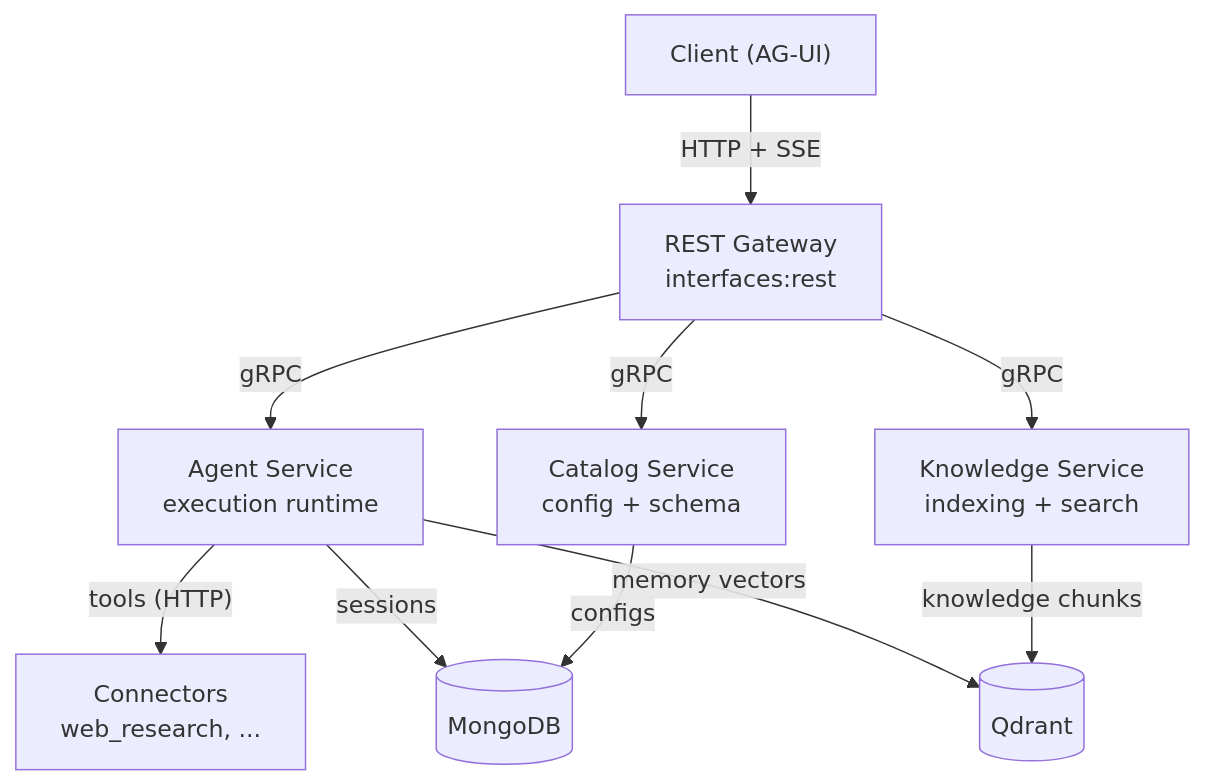
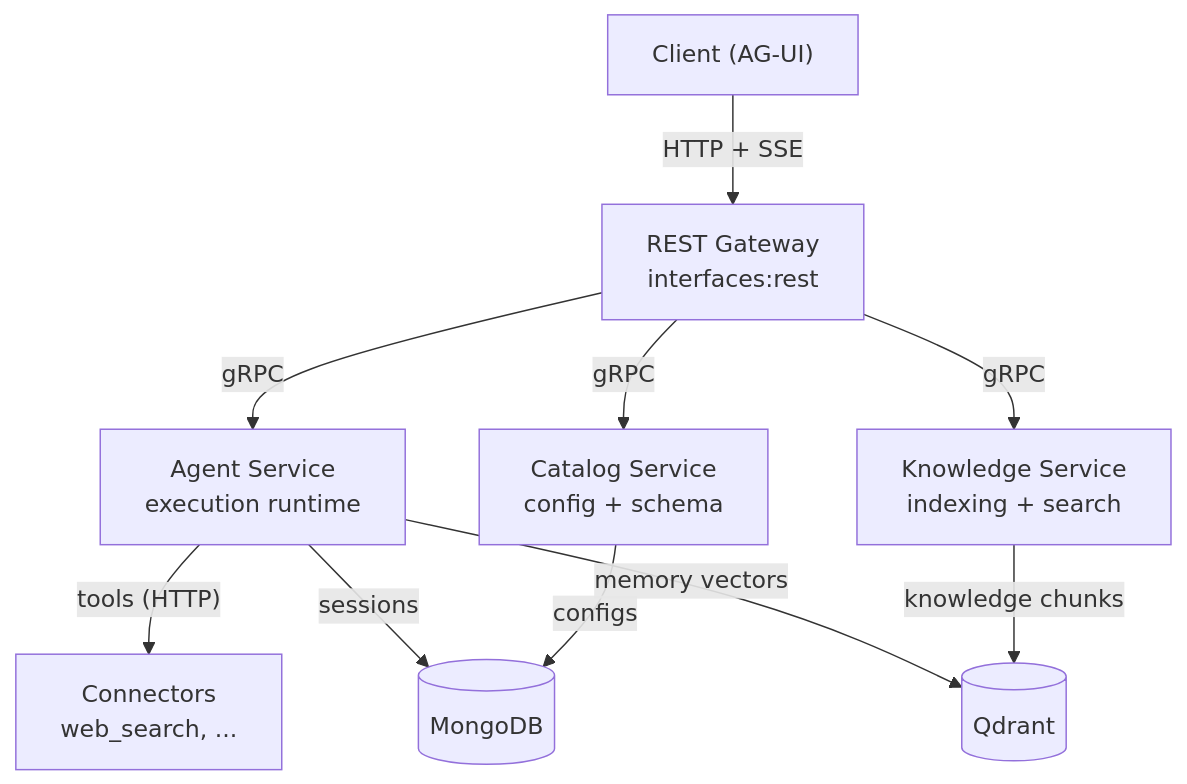
The diagram in README.md (hunter1703/agent-engine), drawn with Mermaid before and after one commit. The commit also changed other lines of this file and 126 other files, not shown here.

````diff
--- a/README.md
+++ b/README.md
@@ -70,14 +70,14 @@
 ```mermaid
 flowchart TB
     Client["Client (AG-UI)"] -- "HTTP + SSE" --> REST["REST Gateway<br/>interfaces:rest"]
     REST -- gRPC --> Agent["Agent Service<br/>execution runtime"]
     REST -- gRPC --> Catalog["Catalog Service<br/>config + schema"]
     REST -- gRPC --> Knowledge["Knowledge Service<br/>indexing + search"]
 
-    Agent -- "tools (HTTP)" --> Connectors["Connectors<br/>web_research, ..."]
+    Agent -- "tools (HTTP)" --> Connectors["Connectors<br/>web_search, ..."]
 
     Agent -- "sessions" --> Mongo[("MongoDB")]
     Catalog -- "configs" --> Mongo
     Agent -- "memory vectors" --> Qdrant[("Qdrant")]
     Knowledge -- "knowledge chunks" --> Qdrant
 ```
````
